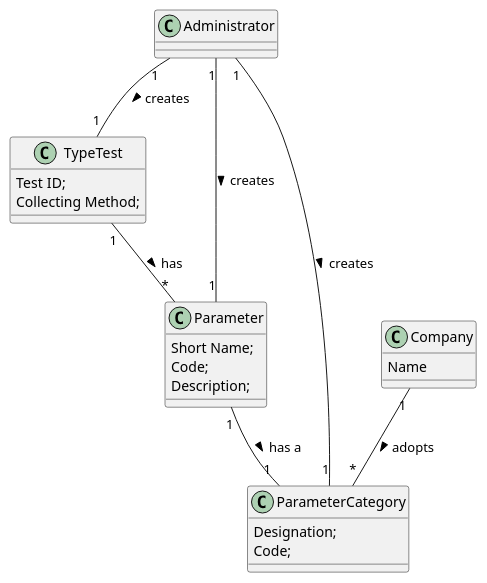
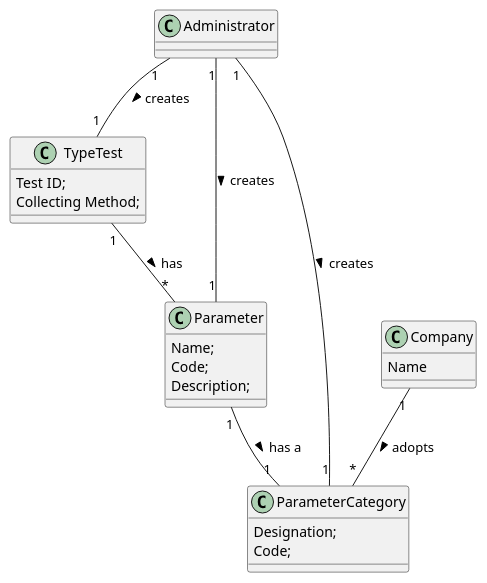
One commit to MarianaCLages/LAPR2 changed the diagram in docs/SprintB/US09/US9_MD.puml. Above: the diagram before and after it, drawn with PlantUML. The commit also changed 5 other files, not shown here.

```diff
--- a/docs/SprintB/US09/US9_MD.puml
+++ b/docs/SprintB/US09/US9_MD.puml
@@ -1,31 +1,32 @@
 @startuml
 
 class Administrator{
 }
 class TypeTest{
 Test ID;
 Collecting Method;
 }
 class Parameter{
-Short Name;
+Name;
 Code;
 Description;
 }
 class ParameterCategory{
 Designation;
 Code;
 
 }
 class Company{
 Name
 }
+
 Company "1" -- "*" ParameterCategory : adopts >
 Parameter "1" -- "1" ParameterCategory : has a >
 Administrator "1" -- "1" ParameterCategory : creates >
 Administrator "1" -- "1" Parameter : creates >
 Administrator "1" -- "1" TypeTest: creates >
 TypeTest "1" -- "*" Parameter : has >
 
 
 
 @enduml
```
